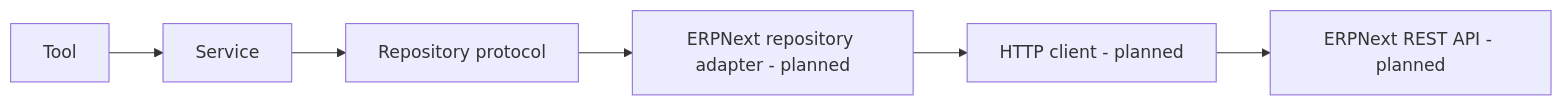
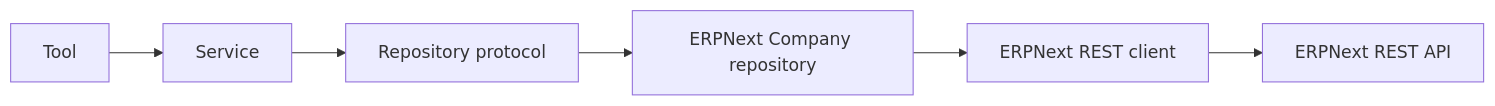
One commit to dapgit/ERPNextAgent changed the diagram in docs/erpnext/handbook.md. Above: the diagram before and after it, drawn with Mermaid. The commit also changed other lines of this file and 27 other files, not shown here.

````diff
--- a/docs/erpnext/handbook.md
+++ b/docs/erpnext/handbook.md
@@ -20,8 +20,8 @@
 ```mermaid
 flowchart LR
   T[Tool] --> S[Service]
   S --> P[Repository protocol]
-  P --> A[ERPNext repository adapter - planned]
-  A --> C[HTTP client - planned]
-  C --> E[ERPNext REST API - planned]
+  P --> A[ERPNext Company repository]
+  A --> C[ERPNext REST client]
+  C --> E[ERPNext REST API]
 ```
````
